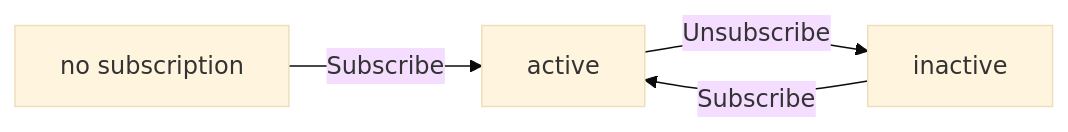
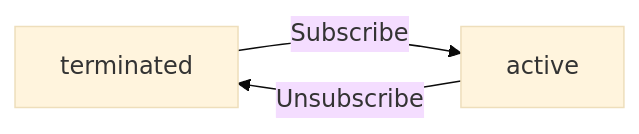
Before and after one commit to wrtnlabs/autobe-examples: the first of 6 diagrams in qwen/qwen3.5-35b-a3b/reddit/docs/analysis/02-domain-model.md, drawn with Mermaid (base theme). The commit also changed other lines of this file and 6645 other files, not shown here.

````diff
--- a/qwen/qwen3.5-35b-a3b/reddit/docs/analysis/02-domain-model.md
+++ b/qwen/qwen3.5-35b-a3b/reddit/docs/analysis/02-domain-model.md
@@ -760,6 +836,5 @@
 ```mermaid
 flowchart LR
-    A["no subscription"] -->|"Subscribe"| B["active"]
-    B -->|"Unsubscribe"| C["inactive"]
-    C -->|"Subscribe"| B
+    A["terminated"] -->|Subscribe| B["active"]
+    B -->|Unsubscribe| A
 ```
````
